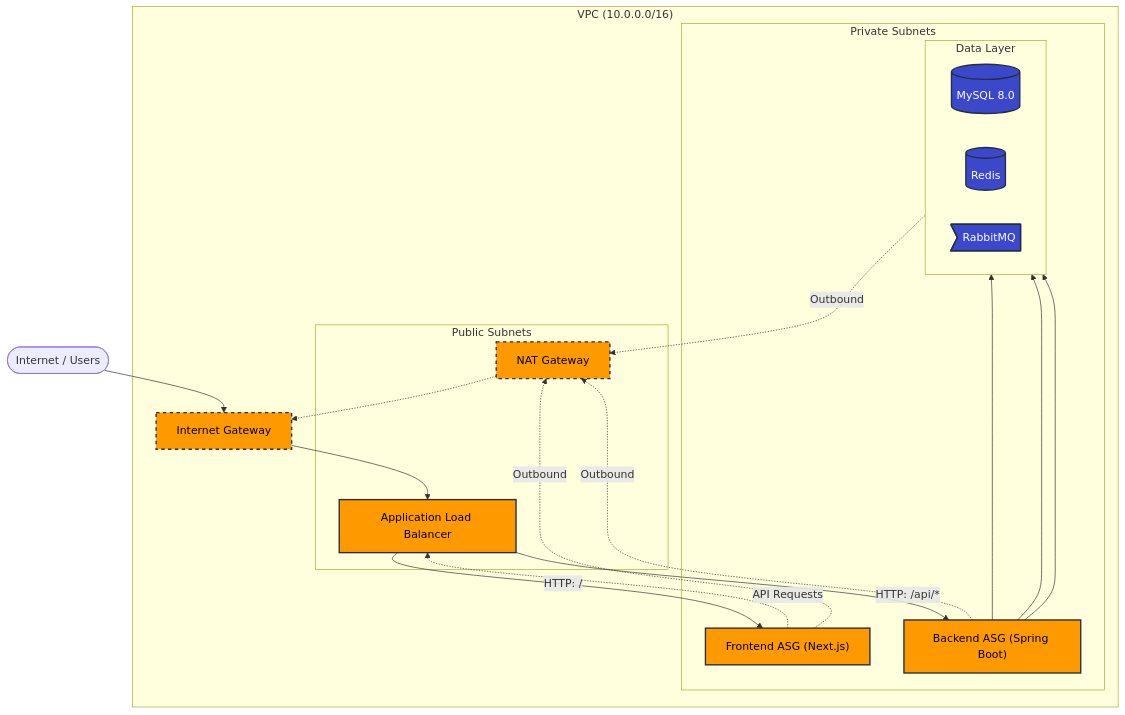
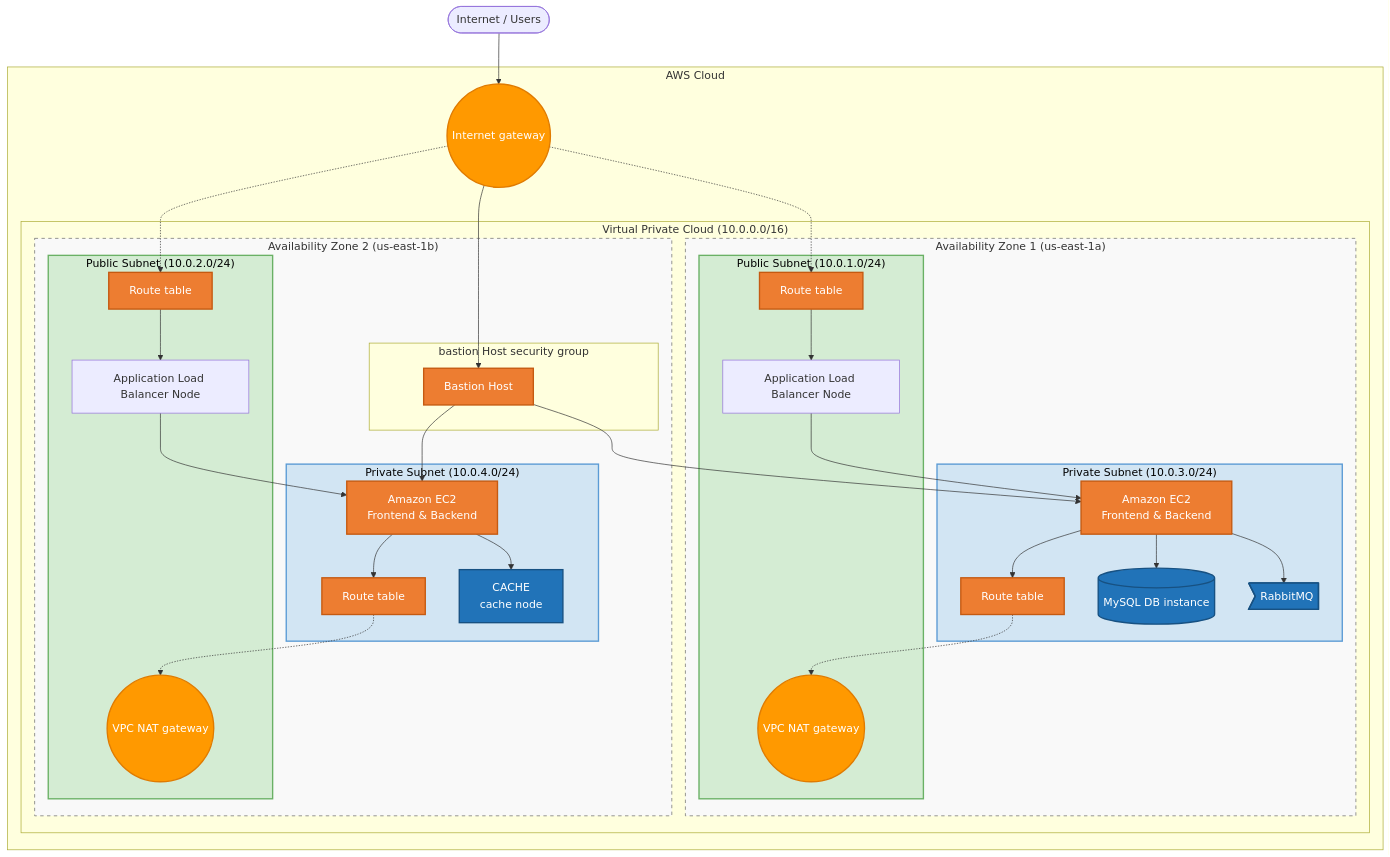
One commit to mkdevops89/amazon-clone-devops changed the diagram in README.md. Above: the diagram before and after it, drawn with Mermaid.

Commit message:
Docs: Update Mermaid diagram to reflect High Availability VPC layout

````diff
--- a/README.md
+++ b/README.md
@@ -19,55 +19,100 @@
 graph TD
     Client([Internet / Users])
 
-    subgraph VPC ["VPC (10.0.0.0/16)"]
-        IGW[Internet Gateway]
+    %% AWS Cloud
+    subgraph AWSCloud ["AWS Cloud"]
+        IGW((Internet gateway))
         
-        subgraph Public ["Public Subnets"]
-            ALB[Application Load Balancer]
-            NAT[NAT Gateway]
-        end
-        
-        subgraph Private ["Private Subnets"]
-            FE["Frontend ASG (Next.js)"]
-            BE["Backend ASG (Spring Boot)"]
+        %% Virtual Private Cloud
+        subgraph VPC ["Virtual Private Cloud (10.0.0.0/16)"]
             
-            subgraph DataLayer ["Data Layer"]
-                direction LR
-                MYSQL[(MySQL 8.0)]
-                REDIS[(Redis)]
-                MQ>RabbitMQ]
+            %% Availability Zone 1
+            subgraph AZ1 ["Availability Zone 1 (us-east-1a)"]
+                
+                %% AZ1 Public Subnet (10.0.1.0/24)
+                subgraph Public1 ["Public Subnet (10.0.1.0/24)"]
+                    RT_Pub1[Route table]
+                    ALB1[Application Load Balancer Node]
+                    NAT1((VPC NAT gateway))
+                end
+
+                %% AZ1 Private Subnet (10.0.3.0/24)
+                subgraph Private1 ["Private Subnet (10.0.3.0/24)"]
+                    RT_Priv1[Route table]
+                    EC2_App1[Amazon EC2<br>Frontend & Backend]
+                    DB1[(MySQL DB instance)]
+                    MQ1>RabbitMQ]
+                end
+            end
+            
+            %% Availability Zone 2
+            subgraph AZ2 ["Availability Zone 2 (us-east-1b)"]
+                
+                %% Bastion placeholder 
+                subgraph BastionSG ["bastion Host security group"]
+                    Bastion[Bastion Host]
+                end
+
+                %% AZ2 Public Subnet (10.0.2.0/24)
+                subgraph Public2 ["Public Subnet (10.0.2.0/24)"]
+                    RT_Pub2[Route table]
+                    ALB2[Application Load Balancer Node]
+                    NAT2((VPC NAT gateway))
+                end
+
+                %% AZ2 Private Subnet (10.0.4.0/24)
+                subgraph Private2 ["Private Subnet (10.0.4.0/24)"]
+                    RT_Priv2[Route table]
+                    EC2_App2[Amazon EC2<br>Frontend & Backend]
+                    Cache2[CACHE<br>cache node]
+                end
             end
         end
     end
 
-    %% Inbound Traffic
+    %% Ingress Traffic Flow
     Client --> IGW
-    IGW --> ALB
     
-    %% Load Balancing
-    ALB -- "HTTP: /" --> FE
-    ALB -- "HTTP: /api/*" --> BE
+    %% Route Table Connections to IGW
+    IGW -.-> RT_Pub1
+    IGW -.-> RT_Pub2
     
-    %% Internal API Routing 
-    FE -. "API Requests" .-> ALB
+    %% Traffic flows to ALB
+    RT_Pub1 --> ALB1
+    RT_Pub2 --> ALB2
     
-    %% Database Connections
-    BE --> MYSQL
-    BE --> REDIS
-    BE --> MQ
+    %% Load Balancer to private instance flow
+    ALB1 --> EC2_App1
+    ALB2 --> EC2_App2
+    
+    %% Private Subnet traffic outbound to NAT
+    EC2_App1 --> RT_Priv1
+    EC2_App2 --> RT_Priv2
+    RT_Priv1 -.-> NAT1
+    RT_Priv2 -.-> NAT2
+    
+    %% Bastion Access
+    IGW --> Bastion
+    Bastion --> EC2_App1
+    Bastion --> EC2_App2
+    
+    %% Data layer connections
+    EC2_App1 --> DB1
+    EC2_App2 --> Cache2
+    EC2_App1 --> MQ1
 
-    %% Outbound Traffic
-    FE -. "Outbound" .-> NAT
-    BE -. "Outbound" .-> NAT
-    MYSQL -. "Outbound" .-> NAT
-    NAT -.-> IGW
-
-    %% Styling
-    classDef aws fill:#FF9900,stroke:#232F3E,stroke-width:2px,color:black,stroke-dasharray: 5 5
-    classDef ec2 fill:#FF9900,stroke:#232F3E,stroke-width:2px,color:black
-    classDef db fill:#3b48cc,stroke:#232F3E,stroke-width:2px,color:white
+    %% Styling to closely match image
+    classDef aws fill:#f9f9f9,stroke:#666,stroke-dasharray: 5 5
+    classDef green fill:#d4ecd3,stroke:#6ab165,stroke-width:2px,color:black
+    classDef blue fill:#d2e5f3,stroke:#5b9bd5,stroke-width:2px,color:black
+    classDef orange fill:#ed7d31,stroke:#c55a11,color:white,stroke-width:2px
+    classDef gateway fill:#ff9900,stroke:#e07b00,color:white,stroke-width:2px,shape:circle
+    classDef db fill:#2173b8,stroke:#175182,color:white,stroke-width:2px
     
-    class IGW,NAT aws
-    class ALB,FE,BE ec2
-    class MYSQL,REDIS,MQ db
+    class AZ1,AZ2 aws
+    class Public1,Public2 green
+    class Private1,Private2 blue
+    class EC2_App1,EC2_App2,RT_Pub1,RT_Pub2,RT_Priv1,RT_Priv2,Bastion orange
+    class IGW,NAT1,NAT2 gateway
+    class DB1,Cache2,MQ1 db
 ```
````
